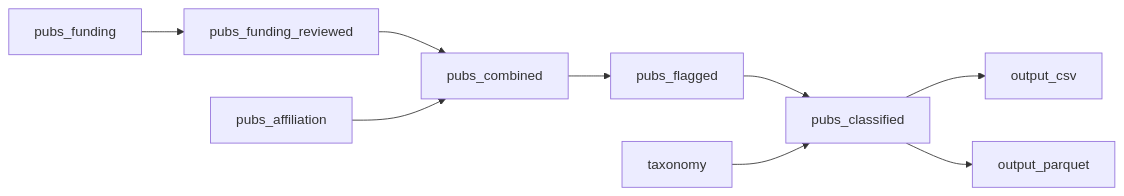
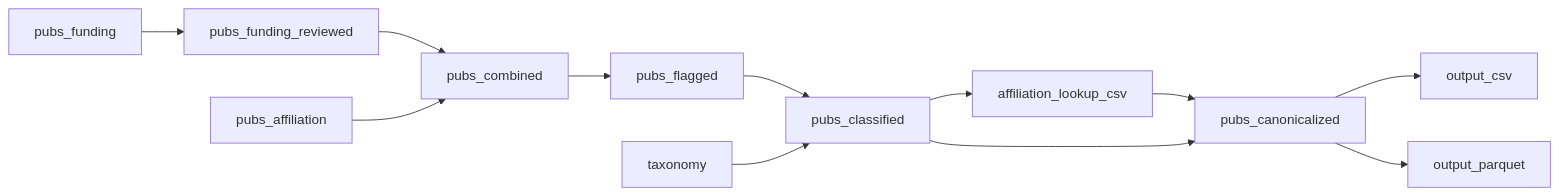
Before and after one commit to lucy-dwr/dwr-pub-inventory: the diagram in PLAN.md, drawn with Mermaid. The commit also changed other lines of this file, not shown here.

Commit message:
Start planning affiliation canonicalization

````diff
--- a/PLAN.md
+++ b/PLAN.md
@@ -57,11 +57,14 @@
 ```mermaid
 flowchart LR
     pubs_funding   --> pubs_funding_reviewed
     pubs_funding_reviewed --> pubs_combined
     pubs_affiliation --> pubs_combined
     pubs_combined    --> pubs_flagged
     pubs_flagged     --> pubs_classified
     taxonomy         --> pubs_classified
-    pubs_classified  --> output_csv
-    pubs_classified  --> output_parquet
+    pubs_classified  --> affiliation_lookup_csv
+    affiliation_lookup_csv --> pubs_canonicalized
+    pubs_classified  --> pubs_canonicalized
+    pubs_canonicalized --> output_csv
+    pubs_canonicalized --> output_parquet
 ```
````
